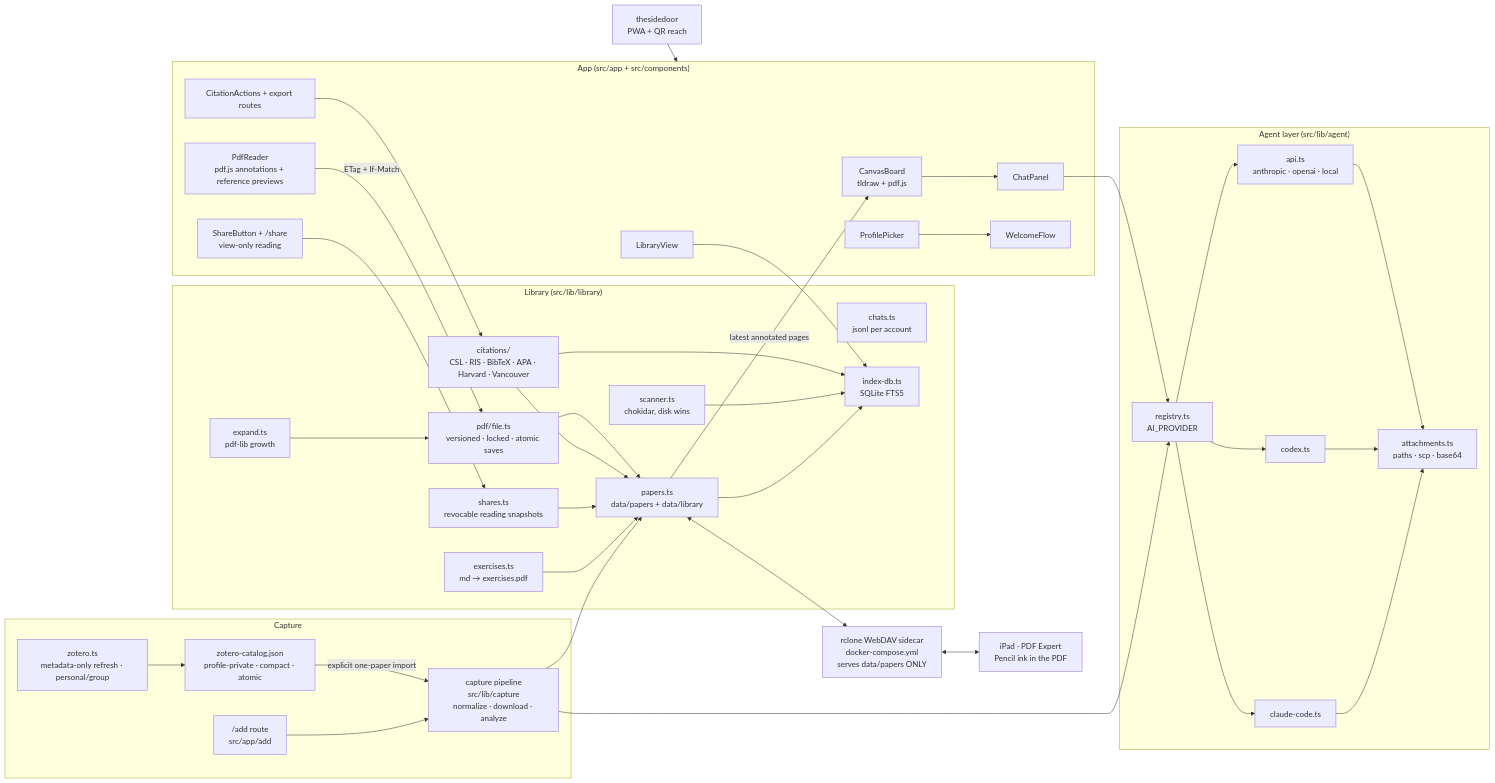
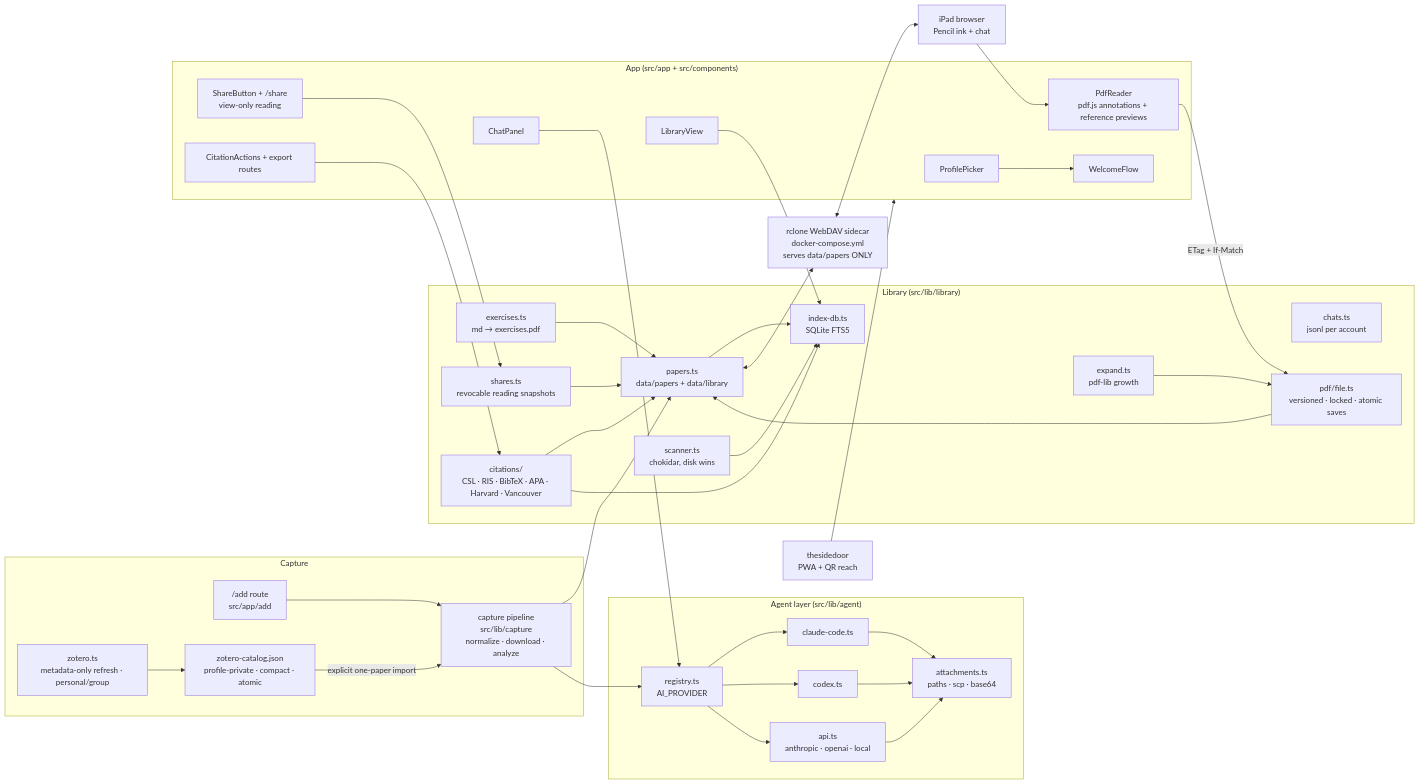
Before and after one commit to affromero/papernook: the diagram in README.md, drawn with Mermaid. The commit also changed other lines of this file and 35 other files, not shown here.

````diff
--- a/README.md
+++ b/README.md
@@ -88,67 +89,65 @@
 ```mermaid
 flowchart LR
     subgraph capture["Capture"]
       add["/add route<br/>src/app/add"]
       pipe["capture pipeline<br/>src/lib/capture<br/>normalize · download · analyze"]
       zotero["zotero.ts<br/>metadata-only refresh · personal/group"]
       zcatalog["zotero-catalog.json<br/>profile-private · compact · atomic"]
     end
 
     subgraph agent["Agent layer (src/lib/agent)"]
       registry["registry.ts<br/>AI_PROVIDER"]
       claude["claude-code.ts"]
       codex["codex.ts"]
       api["api.ts<br/>anthropic · openai · local"]
       attach["attachments.ts<br/>paths · scp · base64"]
     end
 
     subgraph library["Library (src/lib/library)"]
       papers["papers.ts<br/>data/papers + data/library"]
       chats["chats.ts<br/>jsonl per account"]
       index["index-db.ts<br/>SQLite FTS5"]
       scanner["scanner.ts<br/>chokidar, disk wins"]
       expand["expand.ts<br/>pdf-lib growth"]
       pdffile["pdf/file.ts<br/>versioned · locked · atomic saves"]
       exercises["exercises.ts<br/>md → exercises.pdf"]
       shares["shares.ts<br/>revocable reading snapshots"]
       citations["citations/<br/>CSL · RIS · BibTeX · APA · Harvard · Vancouver"]
     end
 
     subgraph ui["App (src/app + src/components)"]
       picker["ProfilePicker"]
       libview["LibraryView"]
       chatpanel["ChatPanel"]
       pdfreader["PdfReader<br/>pdf.js annotations + reference previews"]
-      canvas["CanvasBoard<br/>tldraw + pdf.js"]
       wizard["WelcomeFlow"]
       shareview["ShareButton + /share<br/>view-only reading"]
       citeui["CitationActions + export routes"]
     end
 
     dav["rclone WebDAV sidecar<br/>docker-compose.yml<br/>serves data/papers ONLY"]
-    ipad["iPad · PDF Expert<br/>Pencil ink in the PDF"]
+    ipad["iPad browser<br/>Pencil ink + chat"]
     sidedoor["thesidedoor<br/>PWA + QR reach"]
 
     add --> pipe --> papers
     zotero --> zcatalog
     zcatalog -->|"explicit one-paper import"| pipe
     pipe --> registry
     chatpanel --> registry
     registry --> claude & codex & api
     claude & codex & api --> attach
     papers --> index
     scanner --> index
     papers <--> dav <--> ipad
     exercises --> papers
     shares --> papers
     shareview --> shares
     citeui --> citations --> papers
     citations --> index
     expand --> pdffile --> papers
-    papers -->|"latest annotated pages"| canvas
-    canvas --> chatpanel
     pdfreader -->|"ETag + If-Match"| pdffile
+    ipad --> pdfreader
     libview --> index
     picker --> wizard
     sidedoor --> ui
 ```
````
